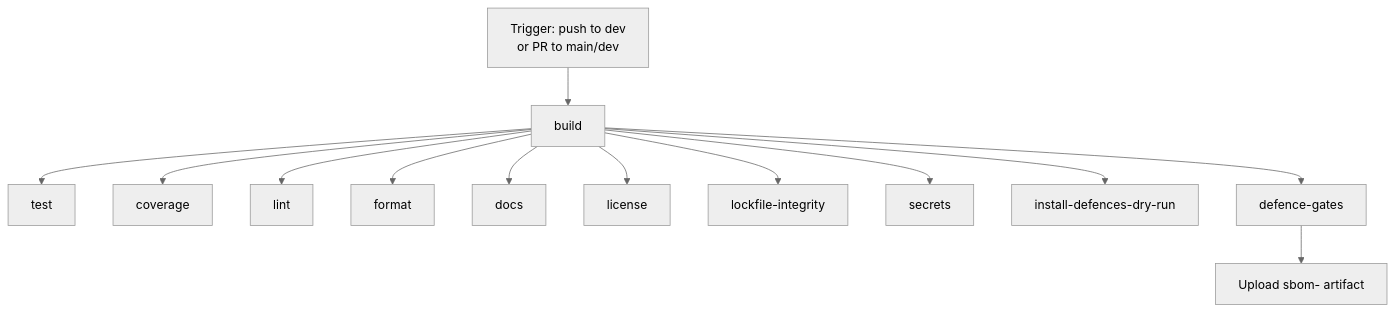
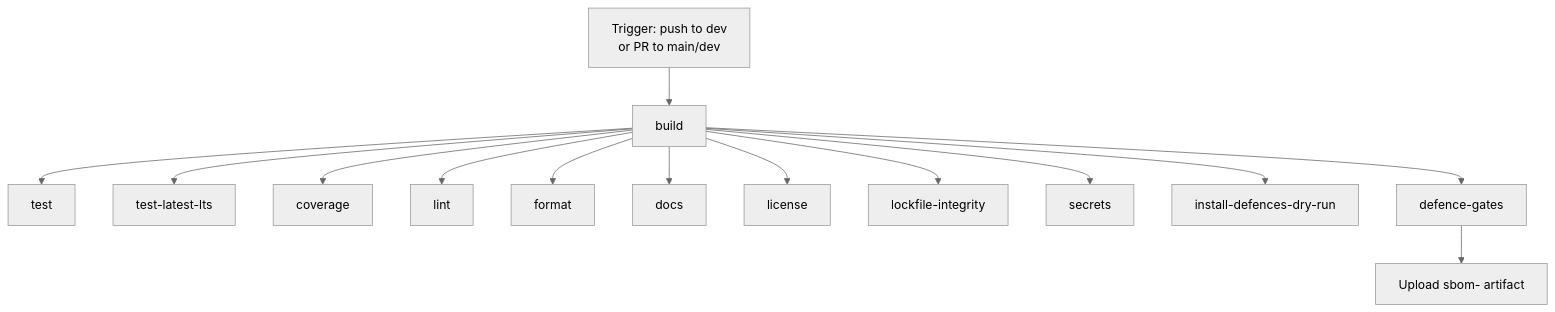
The diagram in docs/en/ci-cd-overview.md (adrianoenache/learn-supply-chain-attack-defence), drawn with Mermaid (neutral theme) before and after one commit. The commit also changed other lines of this file and 8 other files, not shown here.

First line of the commit message:
docs(ci): document the latest-LTS test job and update job counts (EN/PT)

````diff
--- a/docs/en/ci-cd-overview.md
+++ b/docs/en/ci-cd-overview.md
@@ -14,15 +14,16 @@
 ```mermaid
 graph TD
   A[Trigger: push to dev<br/>or PR to main/dev] --> B[build]
   B --> C[test]
+  B --> C2[test-latest-lts]
   B --> D[coverage]
   B --> E[lint]
   B --> F[format]
   B --> G[docs]
   B --> H[license]
   B --> I[lockfile-integrity]
   B --> J[secrets]
   B --> K[install-defences-dry-run]
   B --> L[defence-gates]
   L --> M[Upload sbom-<run-id> artifact]
 ```
````
